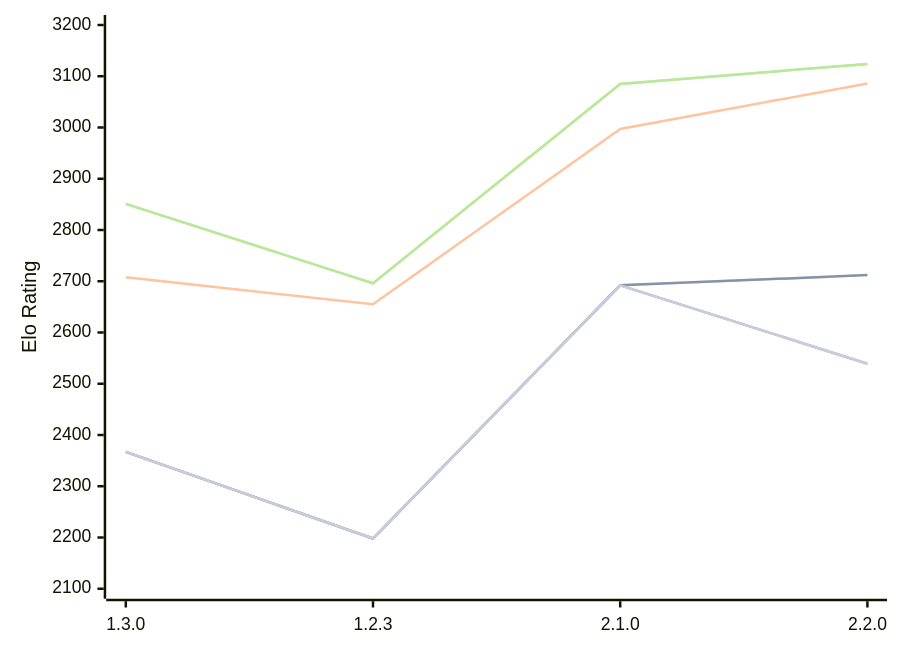
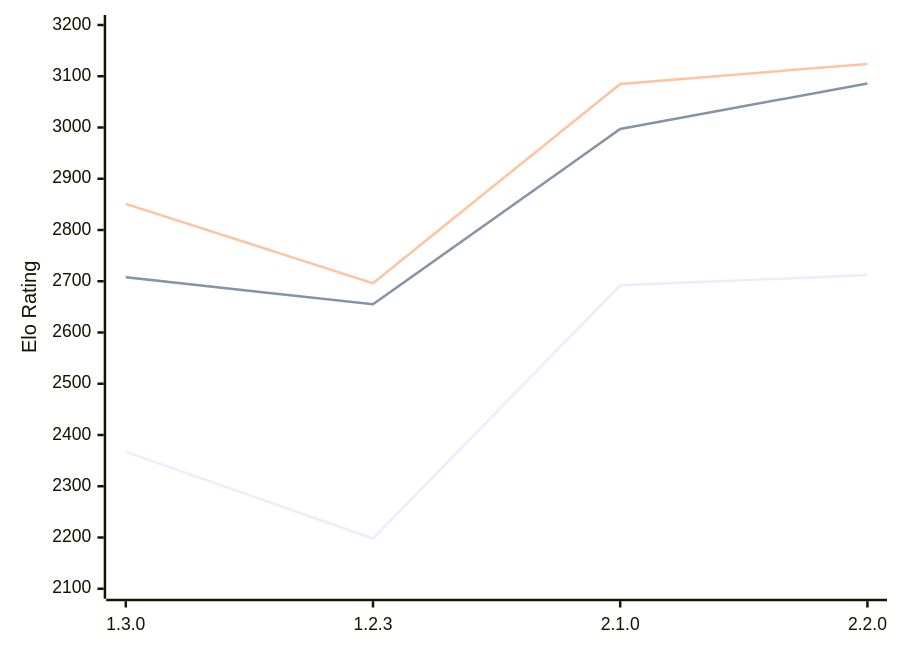
One commit to computer-chess-index/cci changed the diagram in engines/Aspen.md. Above: the diagram before and after it, drawn with Mermaid. The commit also changed other lines of this file, not shown here.

````diff
--- a/engines/Aspen.md
+++ b/engines/Aspen.md
@@ -50,13 +50,9 @@
 ```mermaid
 %%{init: {"theme":"base","themeVariables":{"seriesColors:['#a3a3a3','#222221','#faa371']}}}%%
 xychart-beta
   x-axis ["1.3.0", "1.2.3", "2.1.0", "2.2.0"]
   y-axis "Elo Rating" 2100 --> 3200
-  line "" [2367, 2198, 2692, 2712]
   line "T1: STC (8.0+0.08s)" [2367, 2198, 2692, 2712]
   line "T1: LTC (60.0+0.60s)" [2708, 2655, 2997, 3086]
-  line "" [2851, 2696, 3085, 3124]
   line "T1: VLTC (2m24s+1.12s)" [2851, 2696, 3085, 3124]
-  line "" [2367, 2198, 2692,2539]
-  line "E1: STC (8.0+0.08s)" [2367, 2198, 2692,2539]
 ```
````
